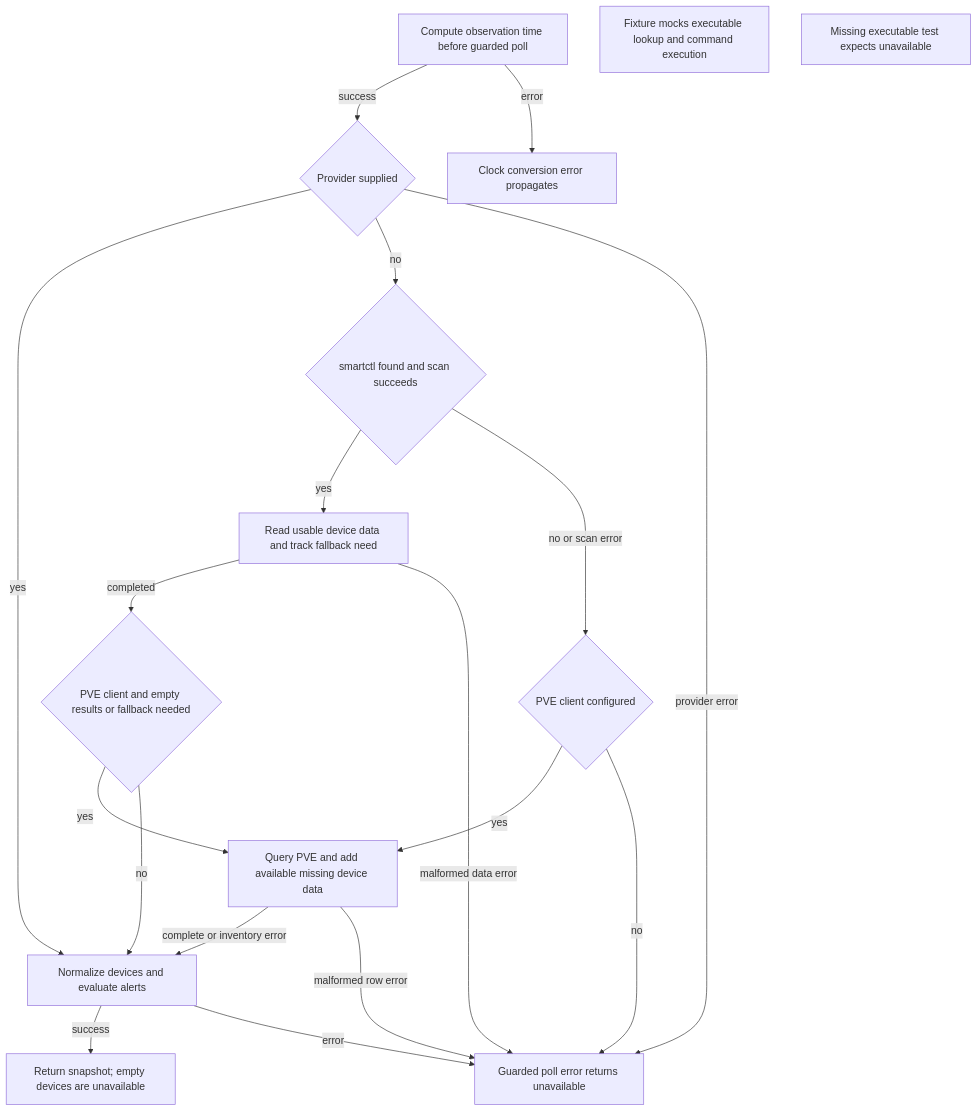
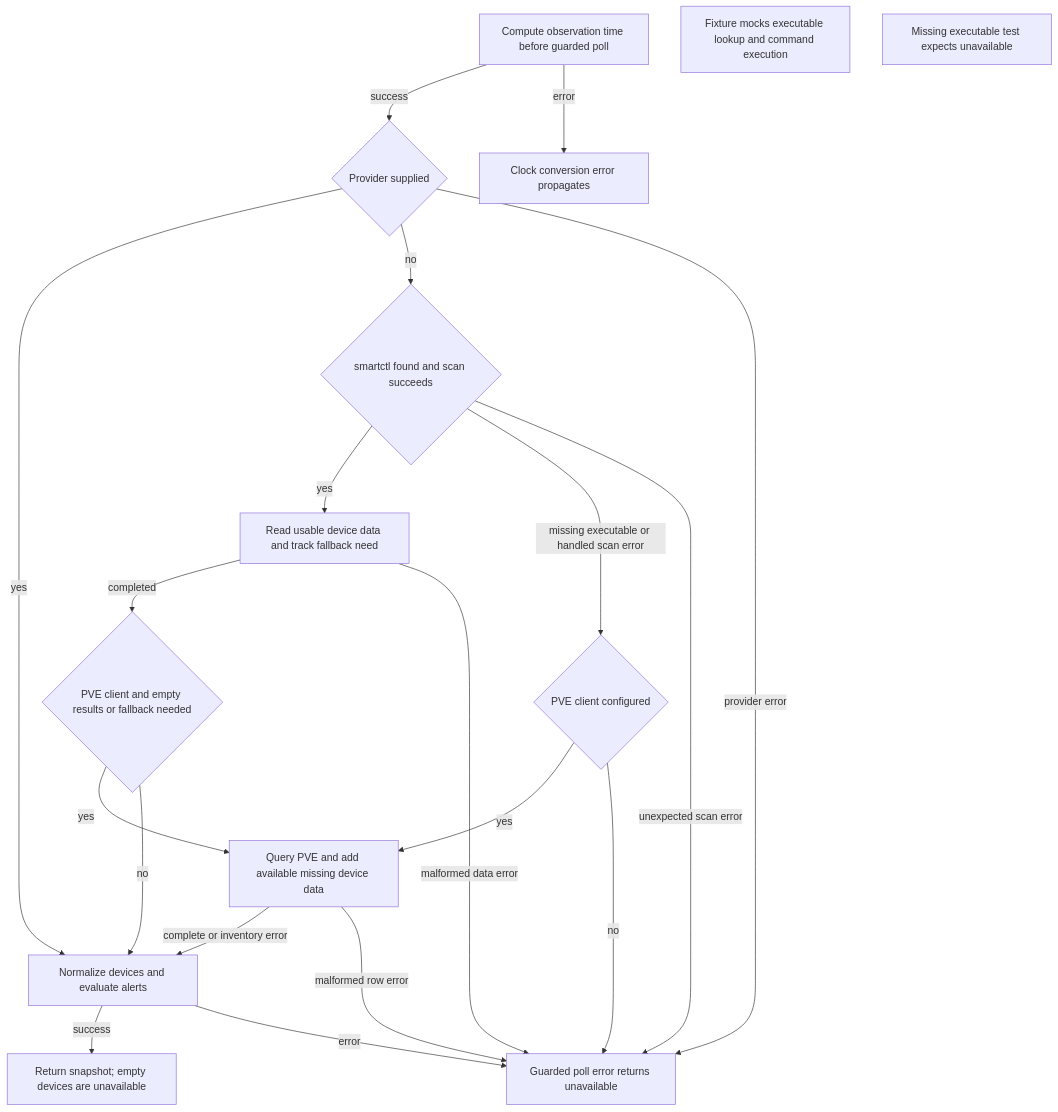
The diagram in docs/flows/sender.smart-discovery.mmd (KarlSideProjects/hwmonitor-mqtt), drawn with Mermaid before and after one commit.

Commit message:
docs: distinguish unexpected SMART scan errors

```diff
--- a/docs/flows/sender.smart-discovery.mmd
+++ b/docs/flows/sender.smart-discovery.mmd
@@ -1,31 +1,32 @@
 flowchart TD
     A["Compute observation time before guarded poll"]
     B{"Provider supplied"}
     C{"smartctl found and scan succeeds"}
     D["Read usable device data and track fallback need"]
     E{"PVE client and empty results or fallback needed"}
     F["Query PVE and add available missing device data"]
     G["Normalize devices and evaluate alerts"]
     H["Return snapshot; empty devices are unavailable"]
     I["Guarded poll error returns unavailable"]
     J["Clock conversion error propagates"]
     K["Fixture mocks executable lookup and command execution"]
     L["Missing executable test expects unavailable"]
     M{"PVE client configured"}
     A -->|success| B
     A -->|error| J
     B -->|yes| G
     B -->|no| C
     B -->|provider error| I
     C -->|yes| D
-    C -->|no or scan error| M
+    C -->|missing executable or handled scan error| M
+    C -->|unexpected scan error| I
     D -->|completed| E
     D -->|malformed data error| I
     E -->|yes| F
     E -->|no| G
     M -->|yes| F
     M -->|no| I
     F -->|complete or inventory error| G
     F -->|malformed row error| I
     G -->|success| H
     G -->|error| I
```
